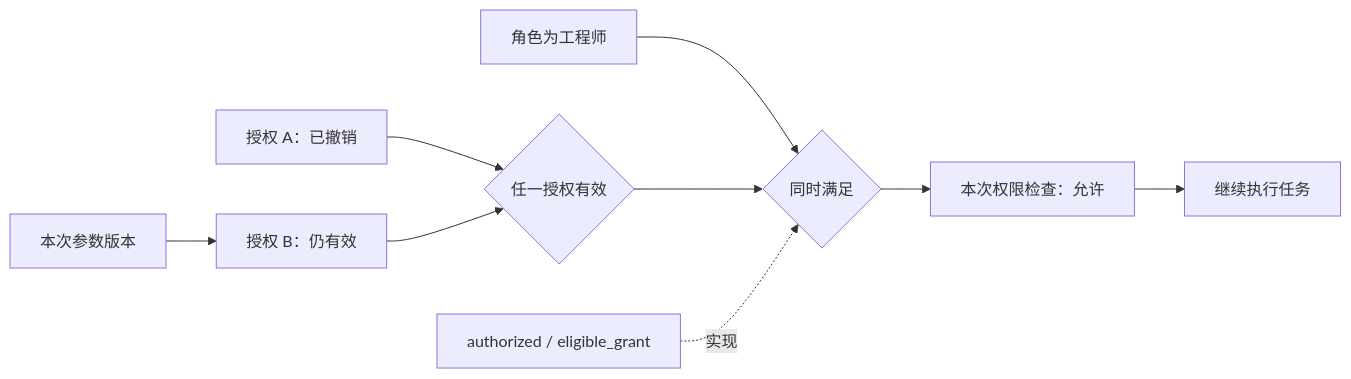
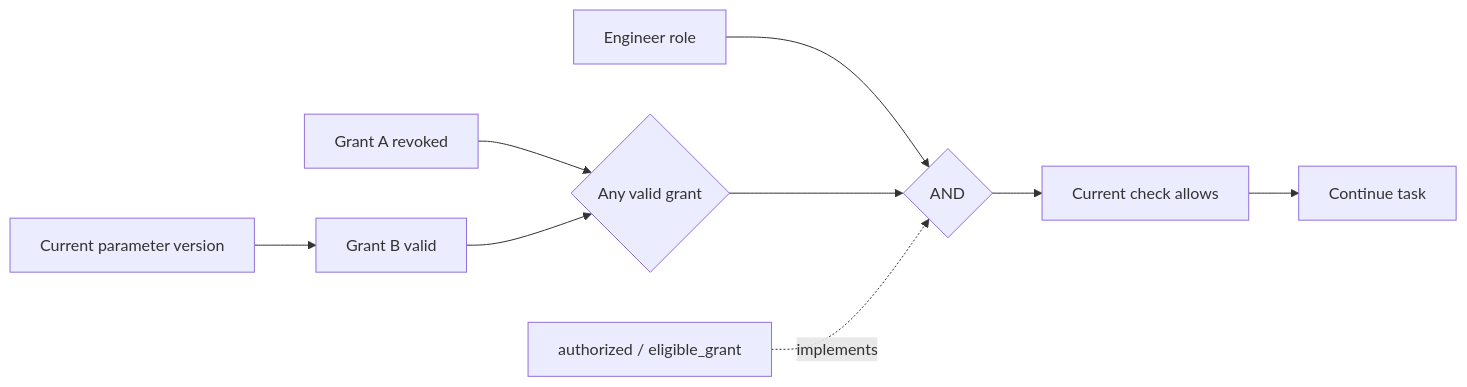
The diagram in skills/business-observer/references/rebac-graph.md (li-bruce/SoftwareStatusObserverSkill), drawn with Mermaid before and after one commit. The commit also changed other lines of this file and 816 other files, not shown here.

````diff
--- a/skills/business-observer/references/rebac-graph.md
+++ b/skills/business-observer/references/rebac-graph.md
@@ -42,11 +34,11 @@
 ```mermaid
 flowchart LR
-  Role[角色为工程师] --> All{同时满足}
-  A[授权 A：已撤销] --> Any{任一授权有效}
-  B[授权 B：仍有效] --> Any
+  Role[Engineer role] --> All{AND}
+  A[Grant A revoked] --> Any{Any valid grant}
+  B[Grant B valid] --> Any
   Any --> All
-  All --> Check[本次权限检查：允许]
-  Check --> Run[继续执行任务]
-  Code[authorized / eligible_grant] -. 实现 .-> All
-  Version[本次参数版本] --> B
+  All --> Check[Current check allows]
+  Check --> Run[Continue task]
+  Code[authorized / eligible_grant] -. implements .-> All
+  Version[Current parameter version] --> B
 ```
````
